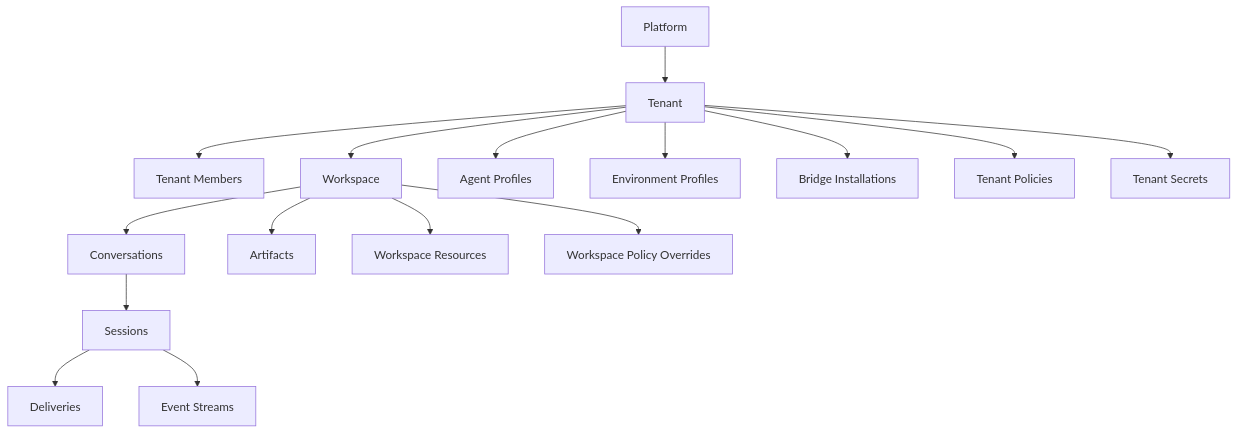
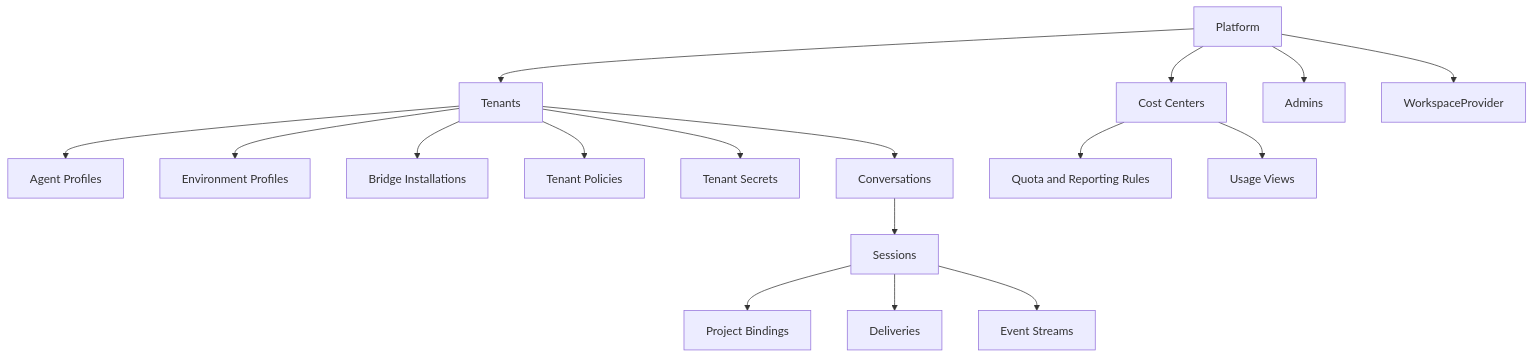
The diagram in packages/ya-agent-platform/spec/001-product-model.md (Wh1isper/ya-mono), drawn with Mermaid before and after one commit. The commit also changed other lines of this file and 24 other files, not shown here.

````diff
--- a/packages/ya-agent-platform/spec/001-product-model.md
+++ b/packages/ya-agent-platform/spec/001-product-model.md
@@ -67,21 +48,23 @@
 ```mermaid
 flowchart TB
     PLATFORM[Platform]
-    PLATFORM --> TENANT[Tenant]
-    TENANT --> MEMBER[Tenant Members]
-    TENANT --> WORKSPACE[Workspace]
+    PLATFORM --> COST[Cost Centers]
+    PLATFORM --> TENANT[Tenants]
+    PLATFORM --> ADMIN[Admins]
+    PLATFORM --> WSP[WorkspaceProvider]
+
     TENANT --> AP[Agent Profiles]
     TENANT --> ENV[Environment Profiles]
     TENANT --> BRIDGE[Bridge Installations]
     TENANT --> POLICY[Tenant Policies]
     TENANT --> SECRET[Tenant Secrets]
+    TENANT --> CONV[Conversations]
 
-    WORKSPACE --> CONV[Conversations]
-    WORKSPACE --> ART[Artifacts]
-    WORKSPACE --> DATA[Workspace Resources]
-    WORKSPACE --> WSPOL[Workspace Policy Overrides]
+    COST --> BUDGET[Quota and Reporting Rules]
+    COST --> USAGE[Usage Views]
 
     CONV --> SESS[Sessions]
+    SESS --> PB[Project Bindings]
     SESS --> DELIV[Deliveries]
     SESS --> EVENTS[Event Streams]
 ```
````
